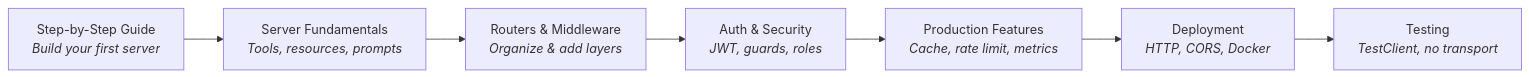
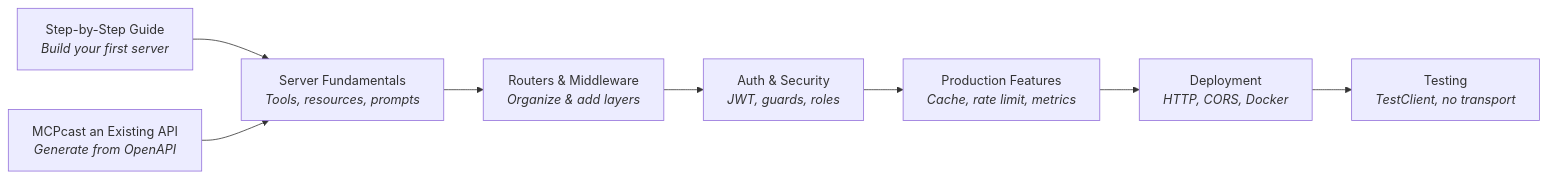
Before and after one commit to CloudEngineHub/DeepMCPAgent: the first of 2 diagrams in docs/mcp/index.md, drawn with Mermaid. The commit also changed other lines of this file and 38 other files, not shown here.

First line of the commit message:
docs(mcpcast): end-to-end walkthrough, guided setup, reference, recipes, labs — with the architecture drawn

````diff
--- a/docs/mcp/index.md
+++ b/docs/mcp/index.md
@@ -57,9 +71,10 @@
 ```mermaid
 graph LR
     A["Step-by-Step Guide<br><i>Build your first server</i>"] --> B["Server Fundamentals<br><i>Tools, resources, prompts</i>"]
+    M["MCPcast an Existing API<br><i>Generate from OpenAPI</i>"] --> B
     B --> C["Routers & Middleware<br><i>Organize & add layers</i>"]
     C --> D["Auth & Security<br><i>JWT, guards, roles</i>"]
     D --> E["Production Features<br><i>Cache, rate limit, metrics</i>"]
     E --> F["Deployment<br><i>HTTP, CORS, Docker</i>"]
     F --> G["Testing<br><i>TestClient, no transport</i>"]
 ```
````
